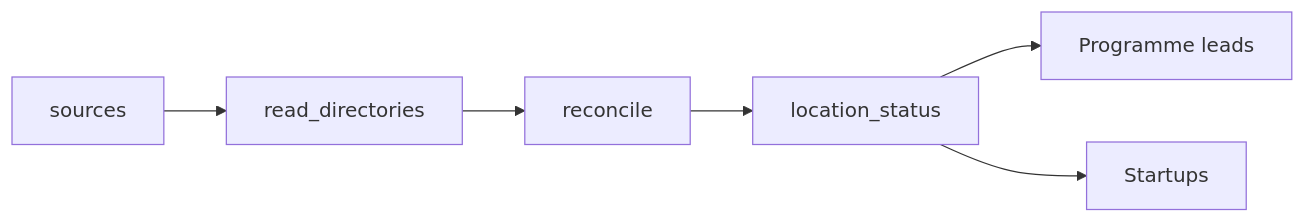
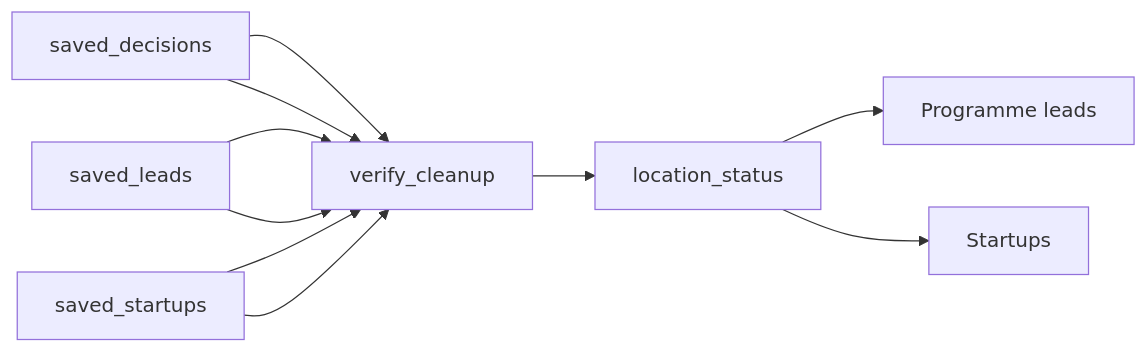
Before and after one commit to jsonifyco/public-datasets: the diagram in datasets/lisbon-startups-e70fafe5848d/README.md, drawn with Mermaid. The commit also changed other lines of this file and 6 other files, not shown here.

````diff
--- a/datasets/lisbon-startups-e70fafe5848d/README.md
+++ b/datasets/lisbon-startups-e70fafe5848d/README.md
@@ -95,14 +109,19 @@
 ```mermaid
 flowchart LR
-  n0["sources"]
-  n1["read#95;directories"]
-  n2["reconcile"]
-  n3["location#95;status"]
-  n4["Startups"]
-  n5["Programme leads"]
-  n0 --> n1
-  n1 --> n2
+  n0["saved#95;decisions"]
+  n1["saved#95;leads"]
+  n2["saved#95;startups"]
+  n3["verify#95;cleanup"]
+  n4["location#95;status"]
+  n5["Startups"]
+  n6["Programme leads"]
+  n3 --> n4
+  n0 --> n3
+  n1 --> n3
   n2 --> n3
-  n3 --> n5
-  n3 --> n4
+  n4 --> n6
+  n4 --> n5
+  n0 --> n3
+  n1 --> n3
+  n2 --> n3
 ```
````
